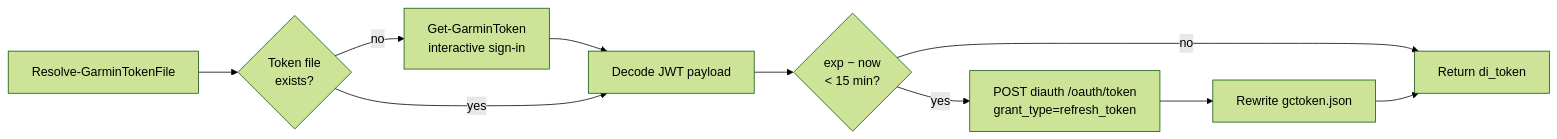
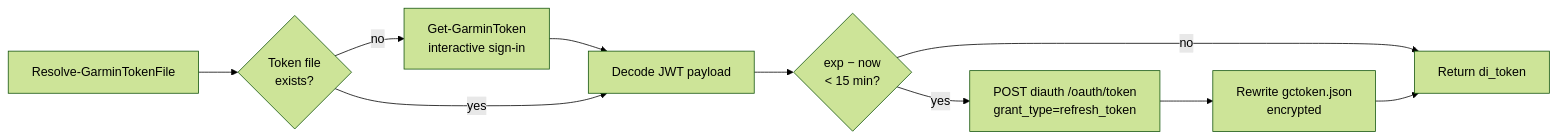
Before and after one commit to HerrHozi/GCCare: the fourth of 7 diagrams in Docs/Architecture.md, drawn with Mermaid (forest theme). The commit also changed other lines of this file and 8 other files, not shown here.

````diff
--- a/Docs/Architecture.md
+++ b/Docs/Architecture.md
@@ -171,12 +171,12 @@
 ```mermaid
 flowchart LR
     A[Resolve-GarminTokenFile] --> B{Token file<br/>exists?}
     B -- no --> C[Get-GarminToken<br/>interactive sign-in]
     C --> D
     B -- yes --> D[Decode JWT payload]
     D --> E{exp − now<br/>&lt; 15 min?}
     E -- no --> F[Return di_token]
     E -- yes --> G[POST diauth /oauth/token<br/>grant_type=refresh_token]
-    G --> H[Rewrite gctoken.json]
+    G --> H[Rewrite gctoken.json<br/>encrypted]
     H --> F
 ```
````
